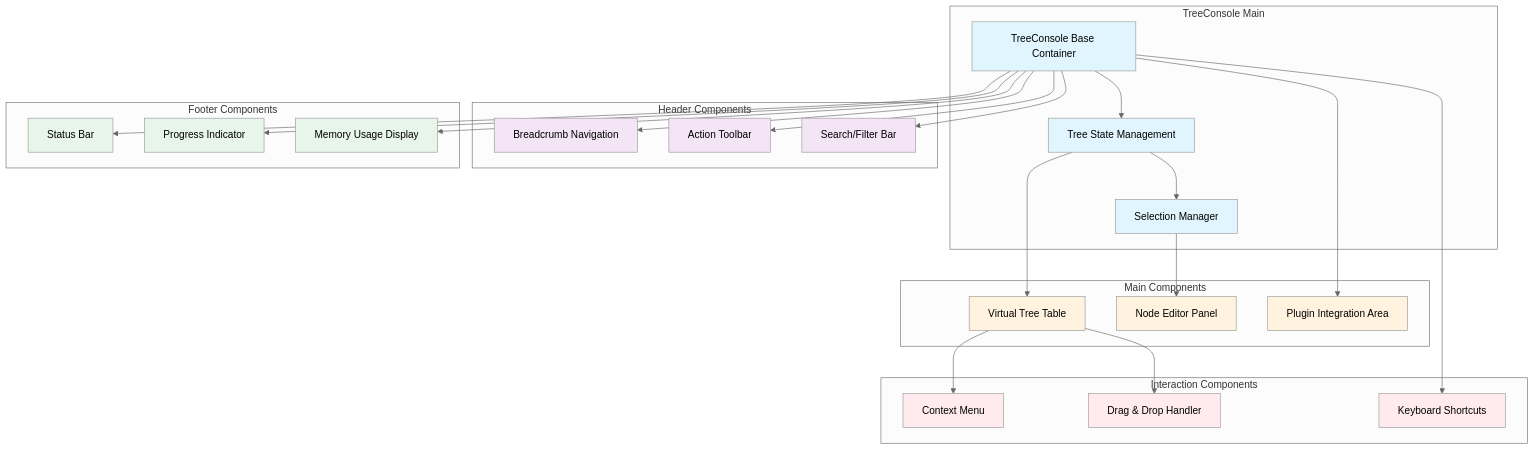
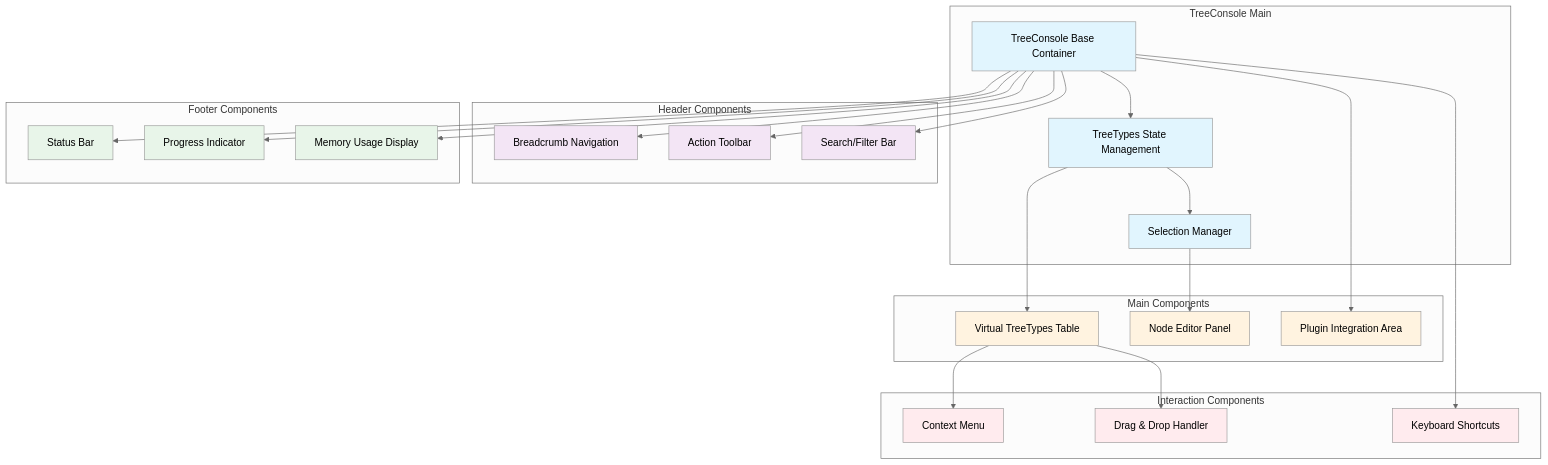
One commit to kubohiroya/hierarchidb changed the third of 6 diagrams in docs/DEVELOPER_REPORT_COMPREHENSIVE/09_UI.md. Above: the diagram before and after it, drawn with Mermaid (neutral theme). The commit also changed other lines of this file and 452 other files, not shown here.

````diff
--- a/docs/DEVELOPER_REPORT_COMPREHENSIVE/09_UI.md
+++ b/docs/DEVELOPER_REPORT_COMPREHENSIVE/09_UI.md
@@ -153,63 +153,63 @@
 ```mermaid
 graph TB
     subgraph "TreeConsole Main"
         TreeConsoleBase["TreeConsole Base Container"]
-        TreeState["Tree State Management"]
+        TreeState["TreeTypes State Management"]
         SelectionManager["Selection Manager"]
     end
     
     subgraph "Header Components"
         Breadcrumb["Breadcrumb Navigation"]
         Toolbar["Action Toolbar"]
         SearchBar["Search/Filter Bar"]
     end
     
     subgraph "Main Components"
-        TreeTable["Virtual Tree Table"]
+        TreeTable["Virtual TreeTypes Table"]
         NodeEditor["Node Editor Panel"]
         PluginArea["Plugin Integration Area"]
     end
     
     subgraph "Footer Components"
         StatusBar["Status Bar"]
         ProgressIndicator["Progress Indicator"]
         MemoryUsage["Memory Usage Display"]
     end
     
     subgraph "Interaction Components"
         ContextMenu["Context Menu"]
         DragDropHandler["Drag & Drop Handler"]
         KeyboardHandler["Keyboard Shortcuts"]
     end
     
     TreeConsoleBase --> TreeState
     TreeState --> SelectionManager
     
     TreeConsoleBase --> Breadcrumb
     TreeConsoleBase --> Toolbar
     TreeConsoleBase --> SearchBar
     
     TreeState --> TreeTable
     SelectionManager --> NodeEditor
     TreeConsoleBase --> PluginArea
     
     TreeConsoleBase --> StatusBar
     TreeConsoleBase --> ProgressIndicator
     TreeConsoleBase --> MemoryUsage
     
     TreeTable --> ContextMenu
     TreeTable --> DragDropHandler
     TreeConsoleBase --> KeyboardHandler
     
     classDef main fill:#e1f5fe
     classDef header fill:#f3e5f5
     classDef maincontent fill:#fff3e0
     classDef footer fill:#e8f5e9
     classDef interaction fill:#ffebee
     
     class TreeConsoleBase,TreeState,SelectionManager main
     class Breadcrumb,Toolbar,SearchBar header
     class TreeTable,NodeEditor,PluginArea maincontent
     class StatusBar,ProgressIndicator,MemoryUsage footer
     class ContextMenu,DragDropHandler,KeyboardHandler interaction
 ```
````
